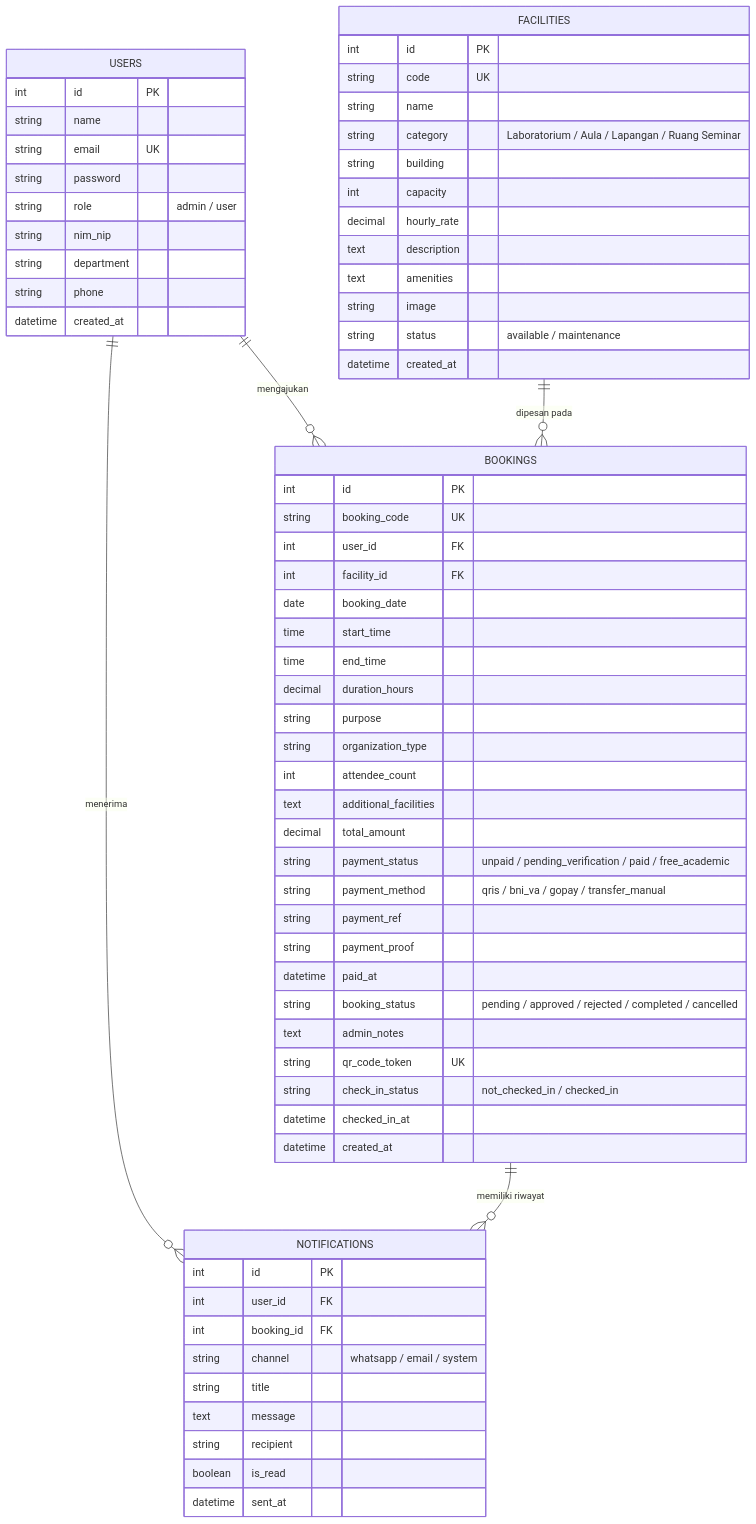
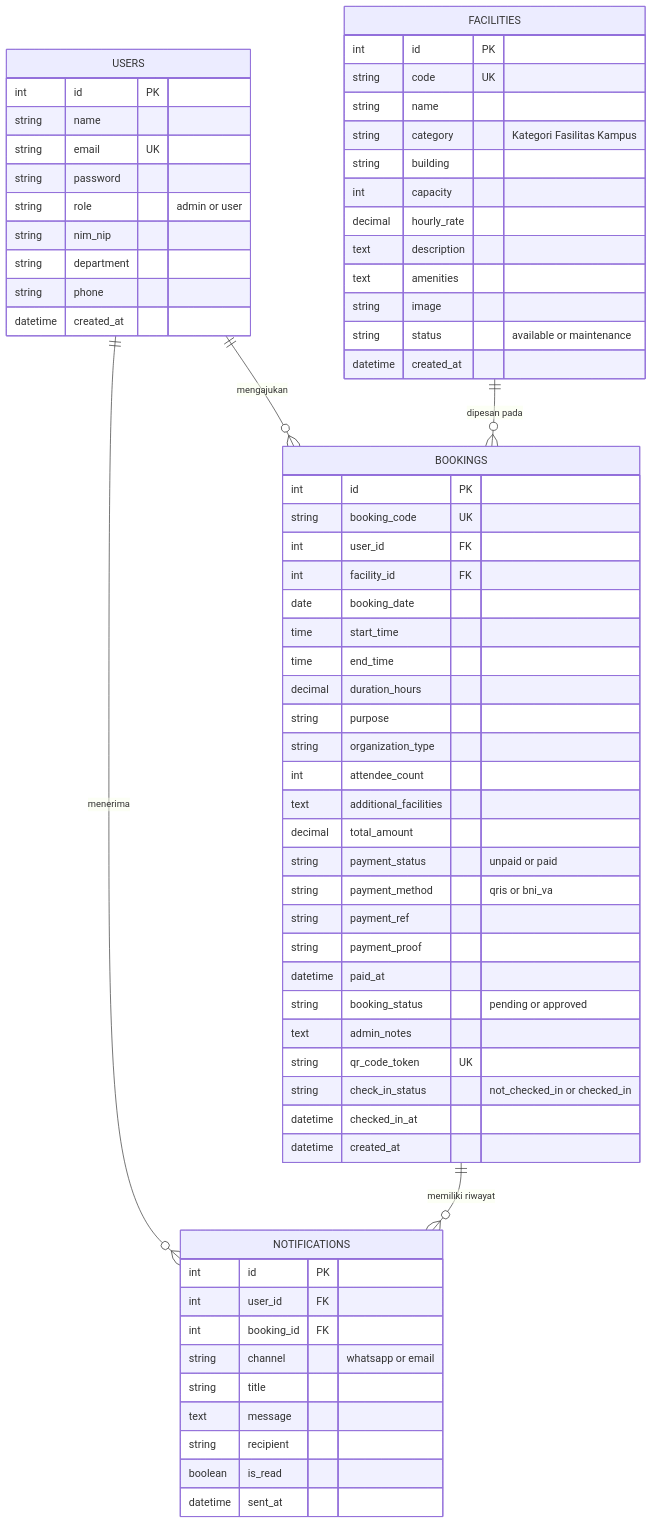
The second of 3 diagrams in LAPORAN_UTS_USU_SMARTFACILITY.md (WillyChen234/UTS_Eapp), drawn with Mermaid before and after one commit. The commit also changed other lines of this file and 1 other file, not shown here.

Commit message:
Update Use Case, ERD, and Flowchart to standard Mermaid format

````diff
--- a/LAPORAN_UTS_USU_SMARTFACILITY.md
+++ b/LAPORAN_UTS_USU_SMARTFACILITY.md
@@ -91,73 +93,73 @@
 ```mermaid
 erDiagram
     USERS ||--o{ BOOKINGS : "mengajukan"
     USERS ||--o{ NOTIFICATIONS : "menerima"
     FACILITIES ||--o{ BOOKINGS : "dipesan pada"
     BOOKINGS ||--o{ NOTIFICATIONS : "memiliki riwayat"
 
     USERS {
         int id PK
         string name
         string email UK
         string password
-        string role "admin / user"
+        string role "admin or user"
         string nim_nip
         string department
         string phone
         datetime created_at
     }
 
     FACILITIES {
         int id PK
         string code UK
         string name
-        string category "Laboratorium / Aula / Lapangan / Ruang Seminar"
+        string category "Kategori Fasilitas Kampus"
         string building
         int capacity
         decimal hourly_rate
         text description
         text amenities
         string image
-        string status "available / maintenance"
+        string status "available or maintenance"
         datetime created_at
     }
 
     BOOKINGS {
         int id PK
         string booking_code UK
         int user_id FK
         int facility_id FK
         date booking_date
         time start_time
         time end_time
         decimal duration_hours
         string purpose
         string organization_type
         int attendee_count
         text additional_facilities
         decimal total_amount
-        string payment_status "unpaid / pending_verification / paid / free_academic"
-        string payment_method "qris / bni_va / gopay / transfer_manual"
+        string payment_status "unpaid or paid"
+        string payment_method "qris or bni_va"
         string payment_ref
         string payment_proof
         datetime paid_at
-        string booking_status "pending / approved / rejected / completed / cancelled"
+        string booking_status "pending or approved"
         text admin_notes
         string qr_code_token UK
-        string check_in_status "not_checked_in / checked_in"
+        string check_in_status "not_checked_in or checked_in"
         datetime checked_in_at
         datetime created_at
     }
 
     NOTIFICATIONS {
         int id PK
         int user_id FK
         int booking_id FK
-        string channel "whatsapp / email / system"
+        string channel "whatsapp or email"
         string title
         text message
         string recipient
         boolean is_read
         datetime sent_at
     }
 ```
````
